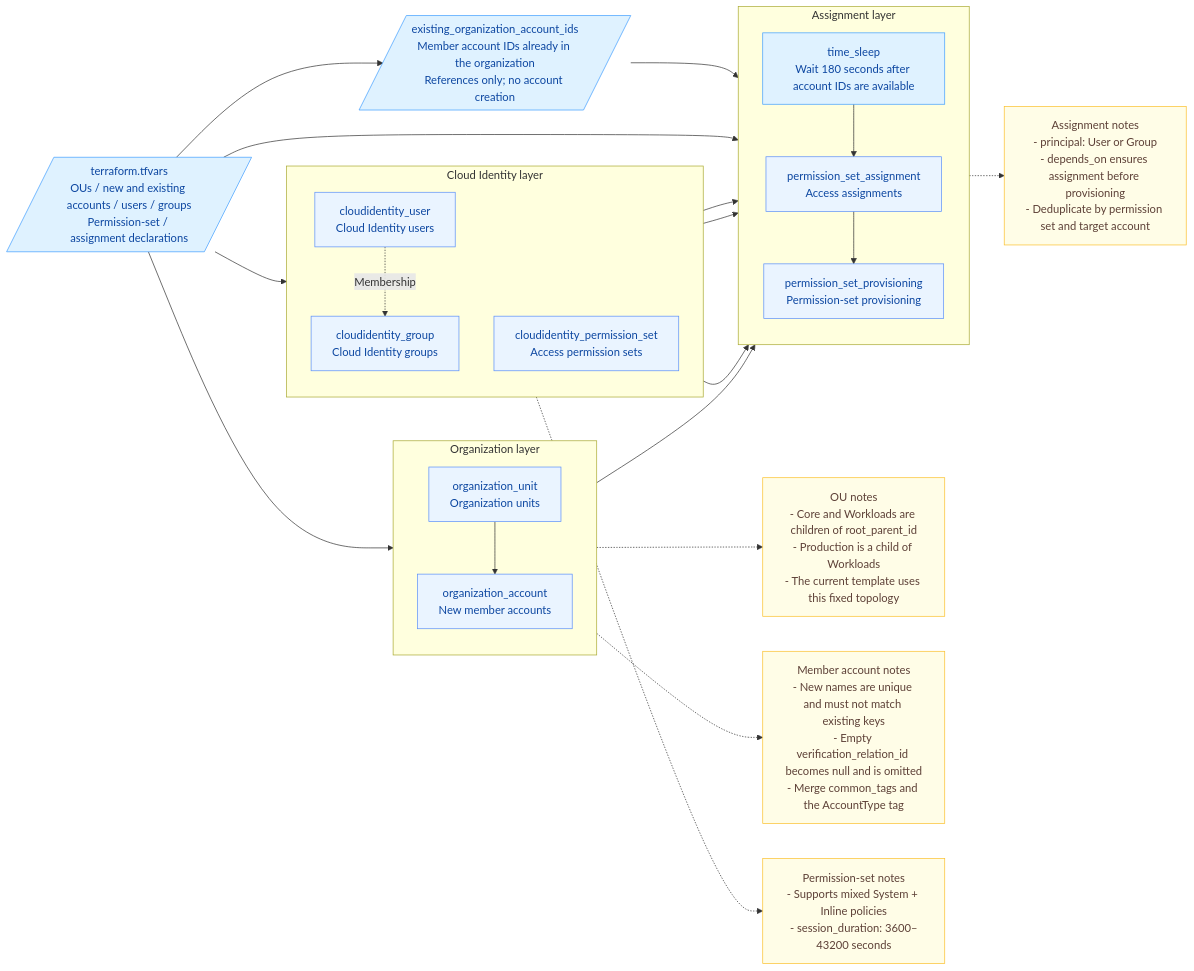
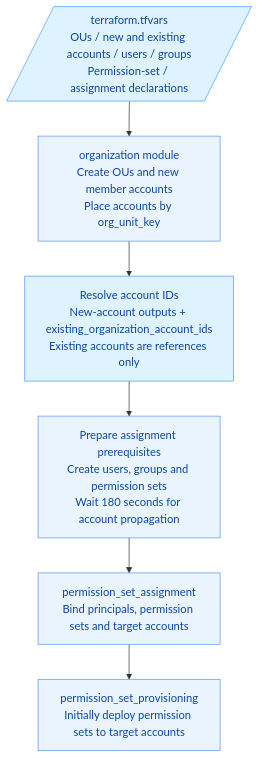
The diagram in README.md (terraform-volcenginecc-modules/terraform-volcenginecc-multi-account-architecture), drawn with Mermaid before and after one commit. The commit also changed other lines of this file and 3 other files, not shown here.

Commit message:
docs: 更新 README 及中文文档，调整 Mermaid 流程图与说明内容

```diff
--- a/README.md
+++ b/README.md
@@ -17,52 +17,18 @@
 ~~~mermaid
-flowchart LR
+flowchart TB
     classDef main fill:#EAF4FF,stroke:#5B8FF9,color:#0D47A1;
     classDef tcc fill:#DFF2FF,stroke:#409EFF,color:#0D47A1;
-    classDef note fill:#FFFDE7,stroke:#FBC02D,color:#5D4037;
 
     Vars[/"terraform.tfvars<br/>OUs / new and existing accounts / users / groups<br/>Permission-set / assignment declarations"/]:::tcc
-    EXISTING[/"existing_organization_account_ids<br/>Member account IDs already in the organization<br/>References only; no account creation"/]:::tcc
+    ORG["organization module<br/>Create OUs and new member accounts<br/>Place accounts by org_unit_key"]:::main
+    IDS["Resolve account IDs<br/>New-account outputs + existing_organization_account_ids<br/>Existing accounts are references only"]:::tcc
+    READY["Prepare assignment prerequisites<br/>Create users, groups and permission sets<br/>Wait 180 seconds for account propagation"]:::main
+    ASN["permission_set_assignment<br/>Bind principals, permission sets and target accounts"]:::main
+    PROV["permission_set_provisioning<br/>Initially deploy permission sets to target accounts"]:::main
 
-    subgraph Org["Organization layer"]
-        direction TB
-        OU["organization_unit<br/>Organization units"]:::main
-        ACC["organization_account<br/>New member accounts"]:::main
-        OU --> ACC
-    end
-
-    subgraph Identity["Cloud Identity layer"]
-        direction TB
-        USER["cloudidentity_user<br/>Cloud Identity users"]:::main
-        GRP["cloudidentity_group<br/>Cloud Identity groups"]:::main
-        PS["cloudidentity_permission_set<br/>Access permission sets"]:::main
-        USER -.->|Membership| GRP
-    end
-
-    subgraph Assign["Assignment layer"]
-        direction TB
-        WAIT["time_sleep<br/>Wait 180 seconds after account IDs are available"]:::tcc
-        ASN["permission_set_assignment<br/>Access assignments"]:::main
-        PROV["permission_set_provisioning<br/>Permission-set provisioning"]:::main
-        WAIT --> ASN --> PROV
-    end
-
-    Vars --> Org
-    Vars --> Identity
-    Vars --> Assign
-    Vars --> EXISTING
-    GRP --> ASN
-    USER --> ASN
-    PS --> ASN
-    ACC --> WAIT
-    EXISTING --> WAIT
-
-    NoteOU["OU notes<br/>- Core and Workloads are children of root_parent_id<br/>- Production is a child of Workloads<br/>- The current template uses this fixed topology"]:::note
-    NoteACC["Member account notes<br/>- New names are unique and must not match existing keys<br/>- Empty verification_relation_id becomes null and is omitted<br/>- Merge common_tags and the AccountType tag"]:::note
-    NotePS["Permission-set notes<br/>- Supports mixed System + Inline policies<br/>- session_duration: 3600–43200 seconds"]:::note
-    NoteASN["Assignment notes<br/>- principal: User or Group<br/>- depends_on ensures assignment before provisioning<br/>- Deduplicate by permission set and target account"]:::note
-
-    OU -.-> NoteOU
-    ACC -.-> NoteACC
-    PS -.-> NotePS
-    PROV -.-> NoteASN
+    Vars --> ORG
+    ORG --> IDS
+    IDS --> READY
+    READY --> ASN
+    ASN --> PROV
 ~~~
```
